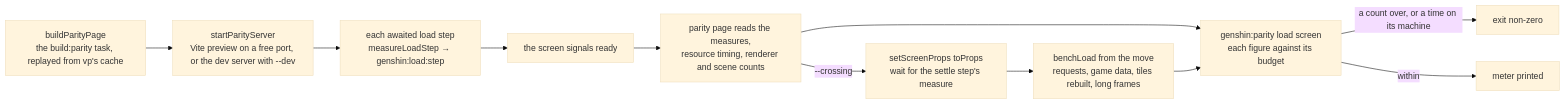
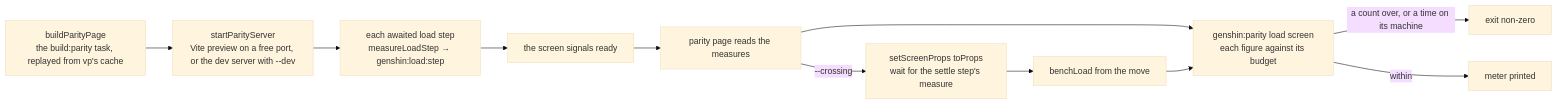
Before and after one commit to Esposter/Esposter: the diagram in openspec/specs/genshin/load-budget/design.md, drawn with Mermaid (base theme). The commit also changed other lines of this file and 5 other files, not shown here.

````diff
--- a/openspec/specs/genshin/load-budget/design.md
+++ b/openspec/specs/genshin/load-budget/design.md
@@ -37,13 +37,13 @@
 ```mermaid
 flowchart LR
   BUILD["buildParityPage<br/>the build:parity task, replayed from vp's cache"] --> PREVIEW["startParityServer<br/>Vite preview on a free port, or the dev server with --dev"]
   PREVIEW --> STEP["each awaited load step<br/>measureLoadStep → genshin:load:step"]
   STEP --> READY["the screen signals ready"]
-  READY --> READ["parity page reads the measures,<br/>resource timing, renderer and scene counts"]
+  READY --> READ["parity page reads the measures"]
   READ --> METER["genshin:parity load screen<br/>each figure against its budget"]
   READ -->|--crossing| MOVE["setScreenProps toProps<br/>wait for the settle step's measure"]
-  MOVE --> CROSS["benchLoad from the move<br/>requests, game data, tiles rebuilt, long frames"]
+  MOVE --> CROSS["benchLoad from the move"]
   CROSS --> METER
   METER -->|a count over, or a time on its machine| FAIL["exit non-zero"]
   METER -->|within| PASS["meter printed"]
 ```
````
